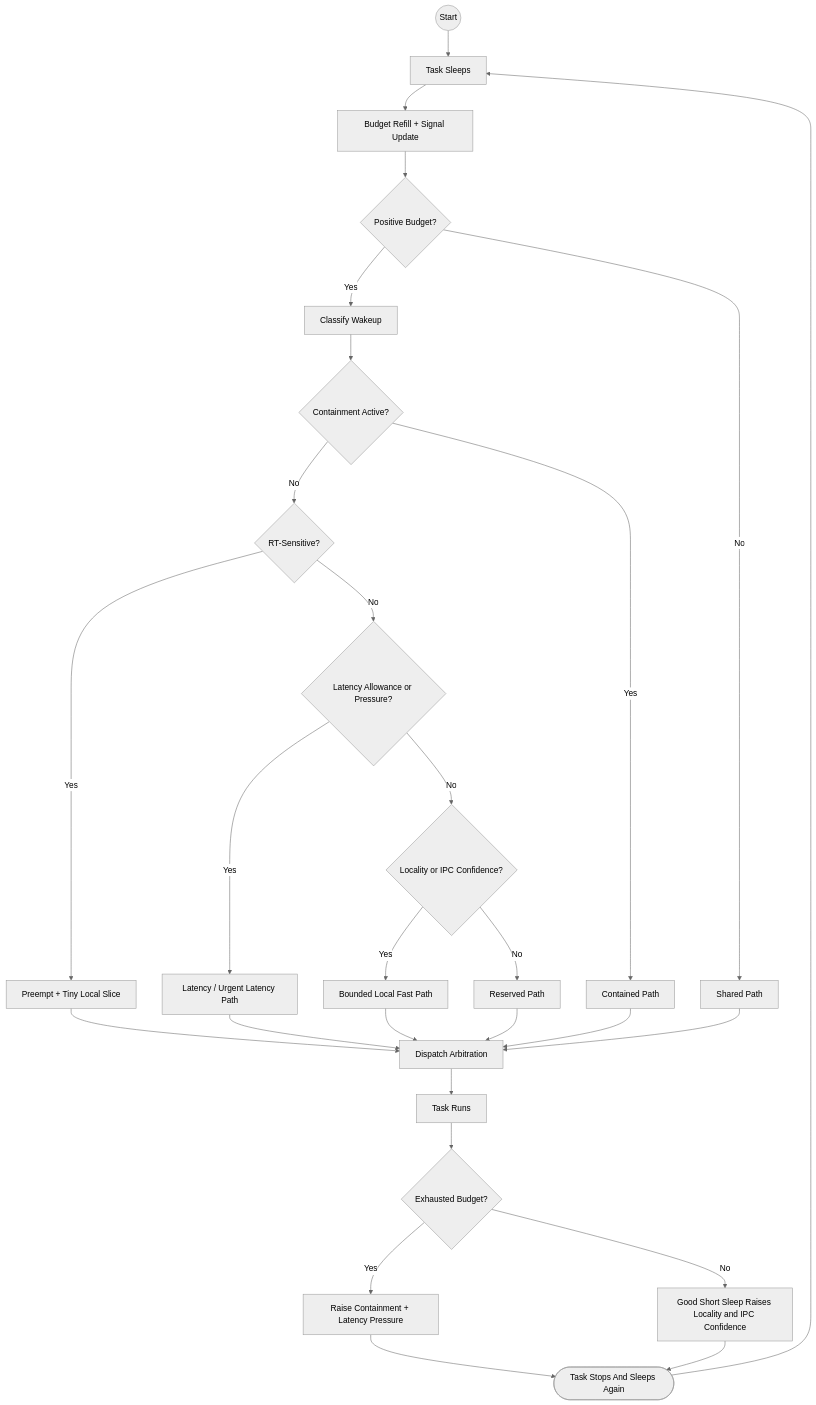
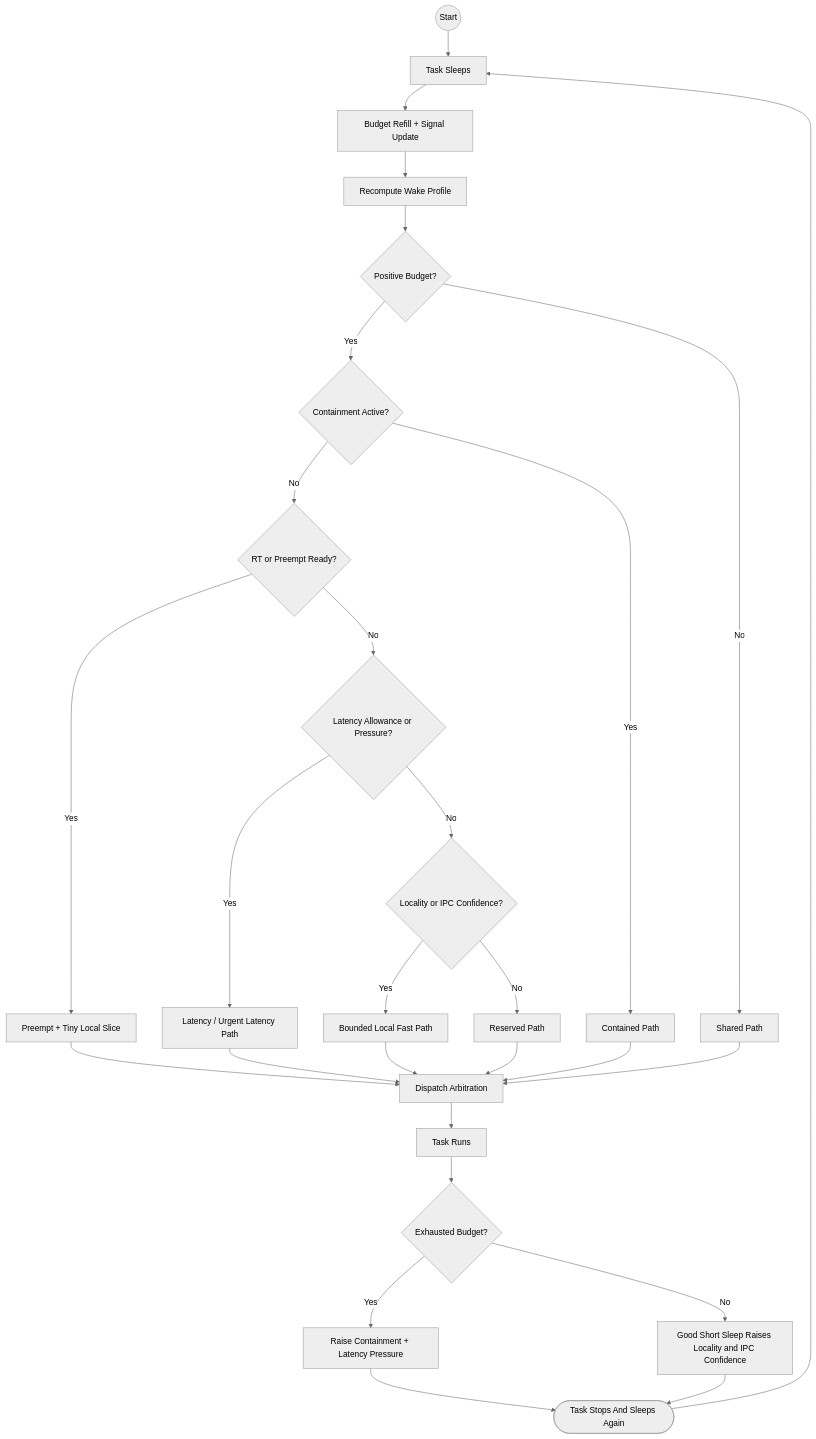
The diagram in README.md (galpt/testing-scx_flow), drawn with Mermaid (neutral theme) before and after one commit. The commit also changed other lines of this file, not shown here.

Commit message:
testing_scx_flow: refresh README for scx_flow v2.1.0
Update the top-level scheduler diagram and release notes so the docs match the current scx_flow v2.1.0 line instead of the older v2.0.3 wording. The mermaid flow now reflects the wake-profile refresh step and the notes reference the current fully qualified scheduler name.

````diff
--- a/README.md
+++ b/README.md
@@ -26,39 +26,39 @@
 ```mermaid
 flowchart TD
     Start((Start)) --> A[Task Sleeps]
     A --> B[Budget Refill + Signal Update]
-    B --> C{Positive Budget?}
+    B --> C[Recompute Wake Profile]
+    C --> D{Positive Budget?}
 
-    C -- No --> S[Shared Path]
-    C -- Yes --> D[Classify Wakeup]
+    D -- No --> Shared[Shared Path]
+    D -- Yes --> E{Containment Active?}
 
-    D --> E{Containment Active?}
-    E -- Yes --> F[Contained Path]
-    E -- No --> G{RT-Sensitive?}
+    E -- Yes --> Contained[Contained Path]
+    E -- No --> F{RT or Preempt Ready?}
 
-    G -- Yes --> H[Preempt + Tiny Local Slice]
-    G -- No --> I{Latency Allowance or Pressure?}
+    F -- Yes --> RT[Preempt + Tiny Local Slice]
+    F -- No --> G{Latency Allowance or Pressure?}
 
-    I -- Yes --> J[Latency / Urgent Latency Path]
-    I -- No --> K{Locality or IPC Confidence?}
+    G -- Yes --> Latency[Latency / Urgent Latency Path]
+    G -- No --> H{Locality or IPC Confidence?}
 
-    K -- Yes --> L[Bounded Local Fast Path]
-    K -- No --> M[Reserved Path]
+    H -- Yes --> Local[Bounded Local Fast Path]
+    H -- No --> Reserved[Reserved Path]
 
-    H --> N[Dispatch Arbitration]
-    J --> N
-    L --> N
-    M --> N
-    F --> N
-    S --> N
+    RT --> Dispatch[Dispatch Arbitration]
+    Latency --> Dispatch
+    Local --> Dispatch
+    Reserved --> Dispatch
+    Contained --> Dispatch
+    Shared --> Dispatch
 
-    N --> O[Task Runs]
-    O --> P{Exhausted Budget?}
+    Dispatch --> Run[Task Runs]
+    Run --> I{Exhausted Budget?}
 
-    P -- Yes --> Q[Raise Containment + Latency Pressure]
-    P -- No --> R[Good Short Sleep Raises Locality and IPC Confidence]
+    I -- Yes --> Bad[Raise Containment + Latency Pressure]
+    I -- No --> Good[Good Short Sleep Raises Locality and IPC Confidence]
 
-    Q --> EndCycle([Task Stops And Sleeps Again])
-    R --> EndCycle
+    Bad --> EndCycle([Task Stops And Sleeps Again])
+    Good --> EndCycle
     EndCycle --> A
 ```
````
